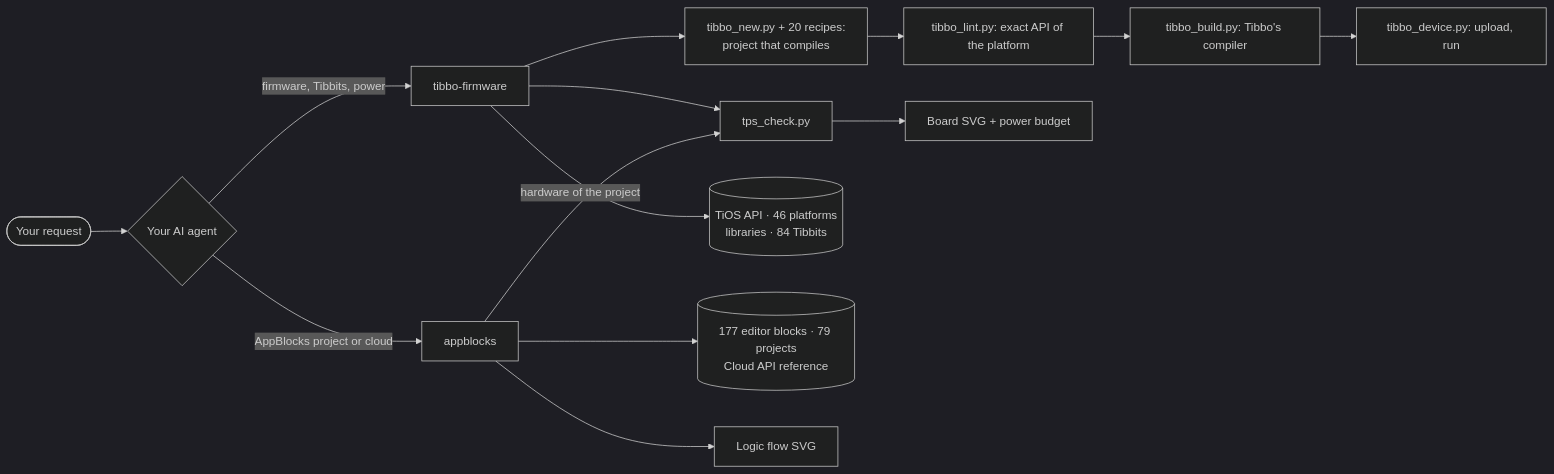
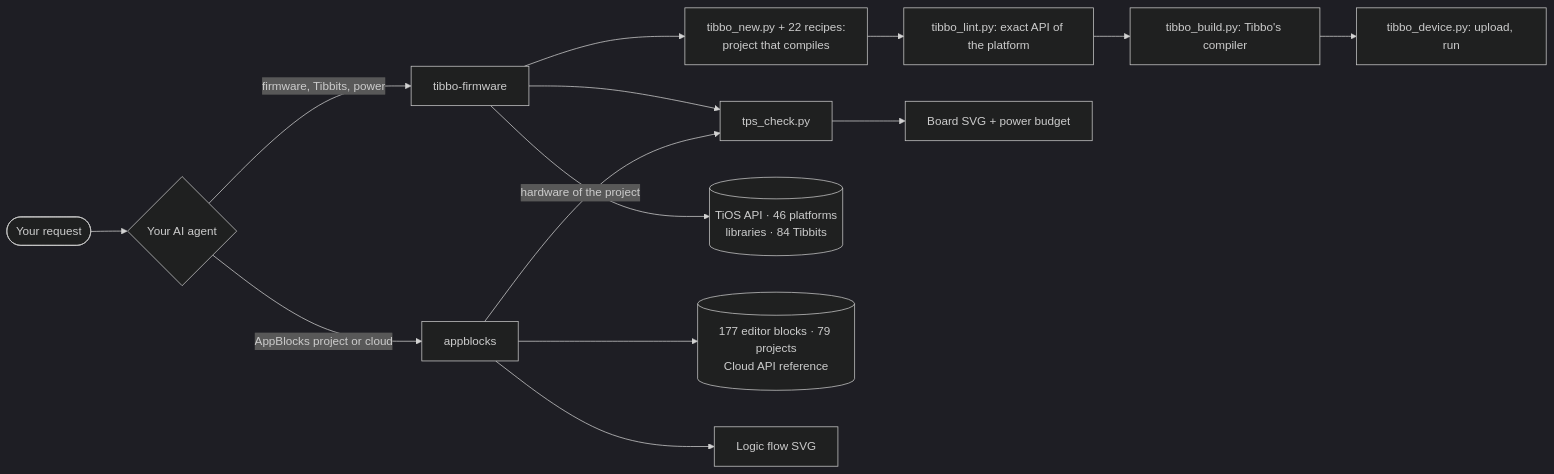
Before and after one commit to SCANCODE-IOT/tibbo-ai-skills: the diagram in README.md, drawn with Mermaid (dark theme). The commit also changed other lines of this file and 38 other files, not shown here.

````diff
--- a/README.md
+++ b/README.md
@@ -47,16 +47,16 @@
 ```mermaid
 flowchart LR
     U([Your request]) --> C{Your AI agent}
     C -->|firmware, Tibbits, power| F[tibbo-firmware]
     C -->|AppBlocks project or cloud| A[appblocks]
     A -->|hardware of the project| T[tps_check.py]
     F --> T
-    F --> G[tibbo_new.py + 20 recipes:<br/>project that compiles]
+    F --> G[tibbo_new.py + 22 recipes:<br/>project that compiles]
     G --> N[tibbo_lint.py: exact API of the platform]
     N --> B[tibbo_build.py: Tibbo's compiler]
     B --> D[tibbo_device.py: upload, run]
     F --> R[(TiOS API · 46 platforms<br/>libraries · 84 Tibbits)]
     A --> K[(177 editor blocks · 79 projects<br/>Cloud API reference)]
     T --> S[Board SVG + power budget]
     A --> L[Logic flow SVG]
 ```
````
